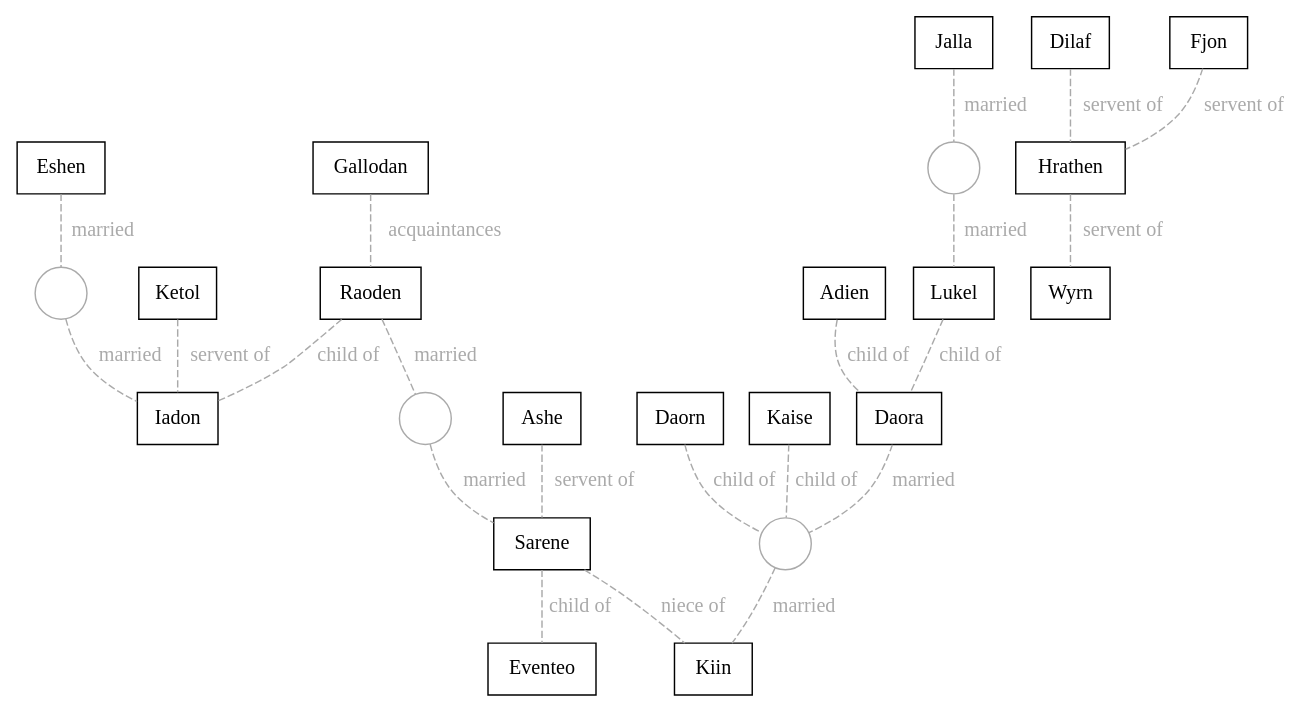
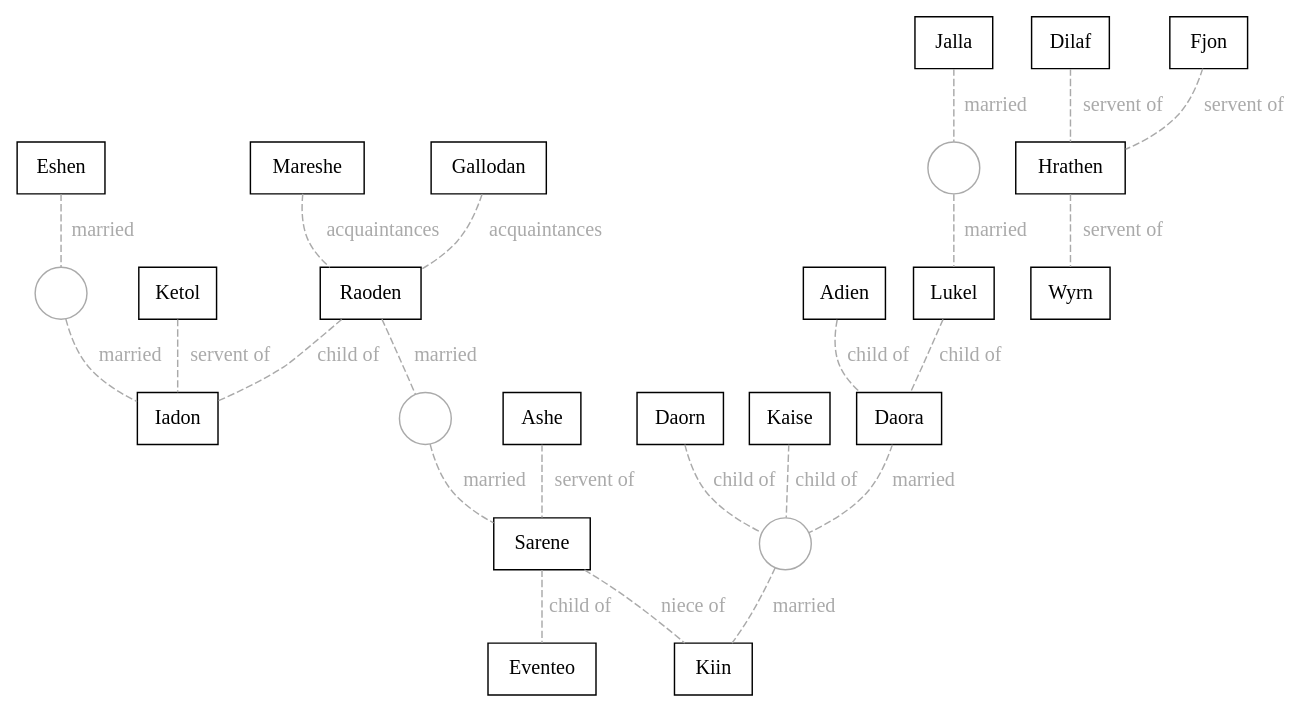
The diagram in tech/networkVisualizer/dot/elantris.dot (christopherball/christopherball.github.io), drawn with Graphviz before and after one commit.

```diff
--- a/tech/networkVisualizer/dot/elantris.dot
+++ b/tech/networkVisualizer/dot/elantris.dot
@@ -1,87 +1,89 @@
 digraph {
   // Global properties
   edge [dir=none, color="#AAAAAA", arrowhead="none"]
   compound=true
 
   // Characters
   subgraph Males {
     node [color="black", fillcolor="lightblue", shape="box"]
     Adien
     Ashe
     Daorn
     Dilaf
     Eventeo
     Fjon
     Gallodan
     Hrathen
     Iadon
     Ketol
     Kiin
     Lukel
+    Mareshe
     Raoden
     Wyrn
   }
   subgraph Females {
     node [color="black", fillcolor="pink", shape="box"]
     Daora
     Eshen
     Jalla
     Kaise
     Sarene
   }
 
   // Married
   edge [label="married", dir=none, color="#AAAAAA", arrowhead="none", style="dashed", fontcolor="#AAAAAA"]
   node [color="#AAAAAA", fillcolor="transparent" shape="circle" label=""]
   Eshen -> mar_Eshen_Iadon -> Iadon
   Raoden -> mar_Raoden_Sarene -> Sarene
   Daora -> mar_Daora_Kiin -> Kiin
   Jalla -> mar_Jalla_Lukel -> Lukel
 
   // Lovers
   edge [label="lovers", dir=none, color="#AAAAAA", arrowhead="none", style="dashed", fontcolor="#AAAAAA"]
   node [color="#AAAAAA", fillcolor="transparent" shape="circle" label=""]
 
   // Cousins
   edge [label="cousins", dir=none, color="#AAAAAA", arrowhead="none", fontcolor="#AAAAAA"]
 
   // Friends
   edge [label="friends", dir=none, color="#AAAAAA", arrowhead="none", fontcolor="#AAAAAA"]
 
   // Frenemies
   edge [label="frenemies", dir=none, color="#AAAAAA", arrowhead="none", fontcolor="#AAAAAA"]
 
   // Acquaintances
   edge [label="acquaintances", dir=none, color="#AAAAAA", arrowhead="none", fontcolor="#AAAAAA"]
   Gallodan -> Raoden
+  Mareshe -> Raoden
 
   // Child Of
   edge [label="child of", dir=forward, color="#AAAAAA", arrowhead="none", fontcolor="#AAAAAA"]
   Sarene -> Eventeo
   Raoden -> Iadon
   Kaise -> mar_Daora_Kiin
   Daorn -> mar_Daora_Kiin
   Lukel -> Daora
   Adien -> Daora
 
   // Foster Child Of
   edge [label="foster child of", dir=forward, color="#AAAAAA", arrowhead="none", fontcolor="#AAAAAA"]
 
   // Lieutenant Of
   edge [label="lieutenant of", dir=forward, color="#AAAAAA", arrowhead="none", fontcolor="#AAAAAA"]
 
   // Servent Of
   edge [label="servent of", dir=forward, color="#AAAAAA", arrowhead="none", fontcolor="#AAAAAA"]
   Ketol -> Iadon
   Ashe -> Sarene
   Dilaf -> Hrathen
   Fjon -> Hrathen
   Hrathen -> Wyrn
 
   // Nephew Of
   edge [label="nephew of", dir=forward, color="#AAAAAA", arrowhead="none", fontcolor="#AAAAAA"]
 
   // Niece Of
   edge [label="niece of", dir=forward, color="#AAAAAA", arrowhead="none", fontcolor="#AAAAAA"]
   Sarene -> Kiin
 }
```
